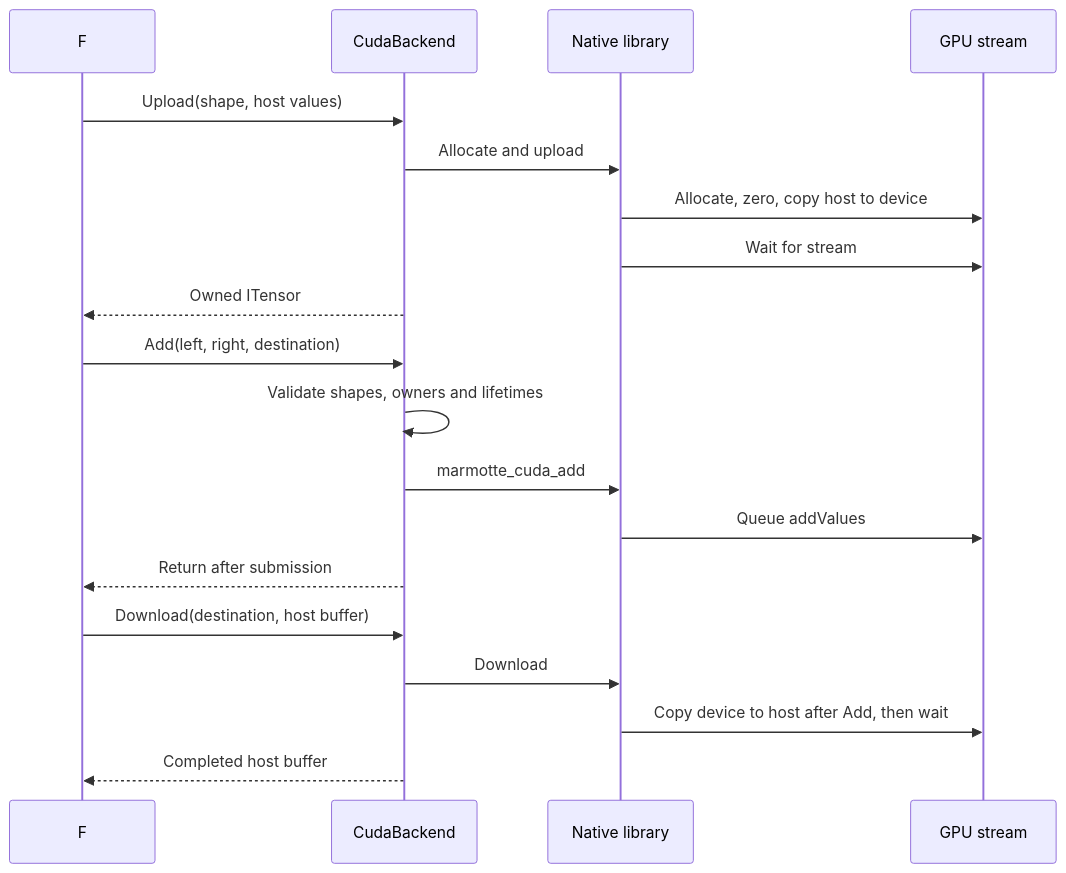
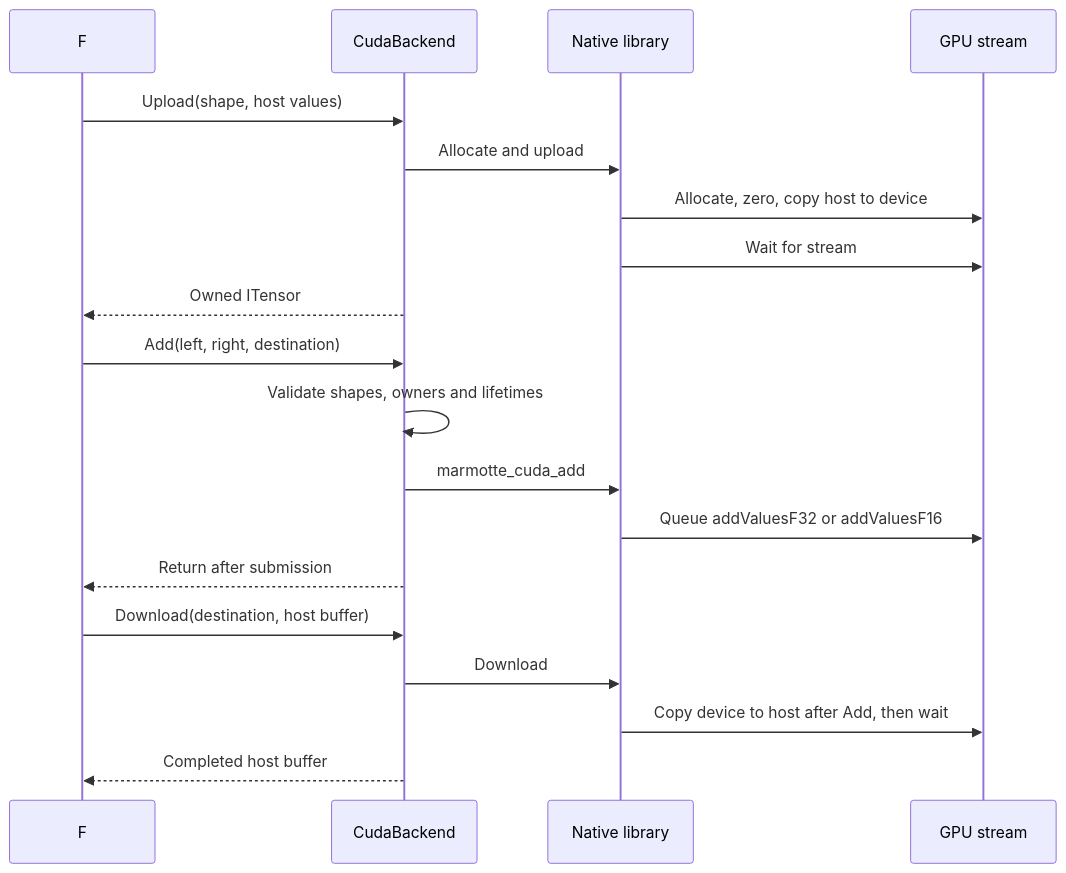
One commit to rflechner/Marmotte changed the diagram in docs/cuda.md. Above: the diagram before and after it, drawn with Mermaid. The commit also changed other lines of this file and 21 other files, not shown here.

````diff
--- a/docs/cuda.md
+++ b/docs/cuda.md
@@ -189,21 +241,21 @@
 ```mermaid
 sequenceDiagram
     participant App as F# application
     participant Backend as CudaBackend
     participant Native as Native library
     participant GPU as GPU stream
     App->>Backend: Upload(shape, host values)
     Backend->>Native: Allocate and upload
     Native->>GPU: Allocate, zero, copy host to device
     Native->>GPU: Wait for stream
     Backend-->>App: Owned ITensor
     App->>Backend: Add(left, right, destination)
     Backend->>Backend: Validate shapes, owners and lifetimes
     Backend->>Native: marmotte_cuda_add
-    Native->>GPU: Queue addValues
+    Native->>GPU: Queue addValuesF32 or addValuesF16
     Backend-->>App: Return after submission
     App->>Backend: Download(destination, host buffer)
     Backend->>Native: Download
     Native->>GPU: Copy device to host after Add, then wait
     Backend-->>App: Completed host buffer
 ```
````
